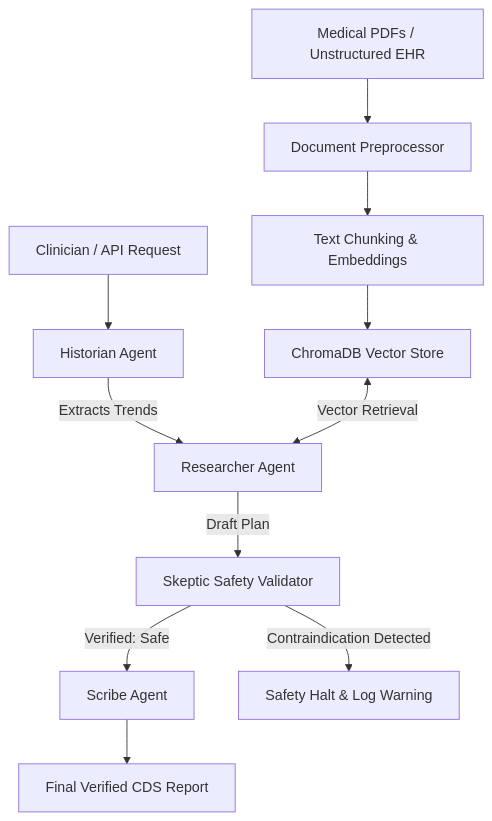
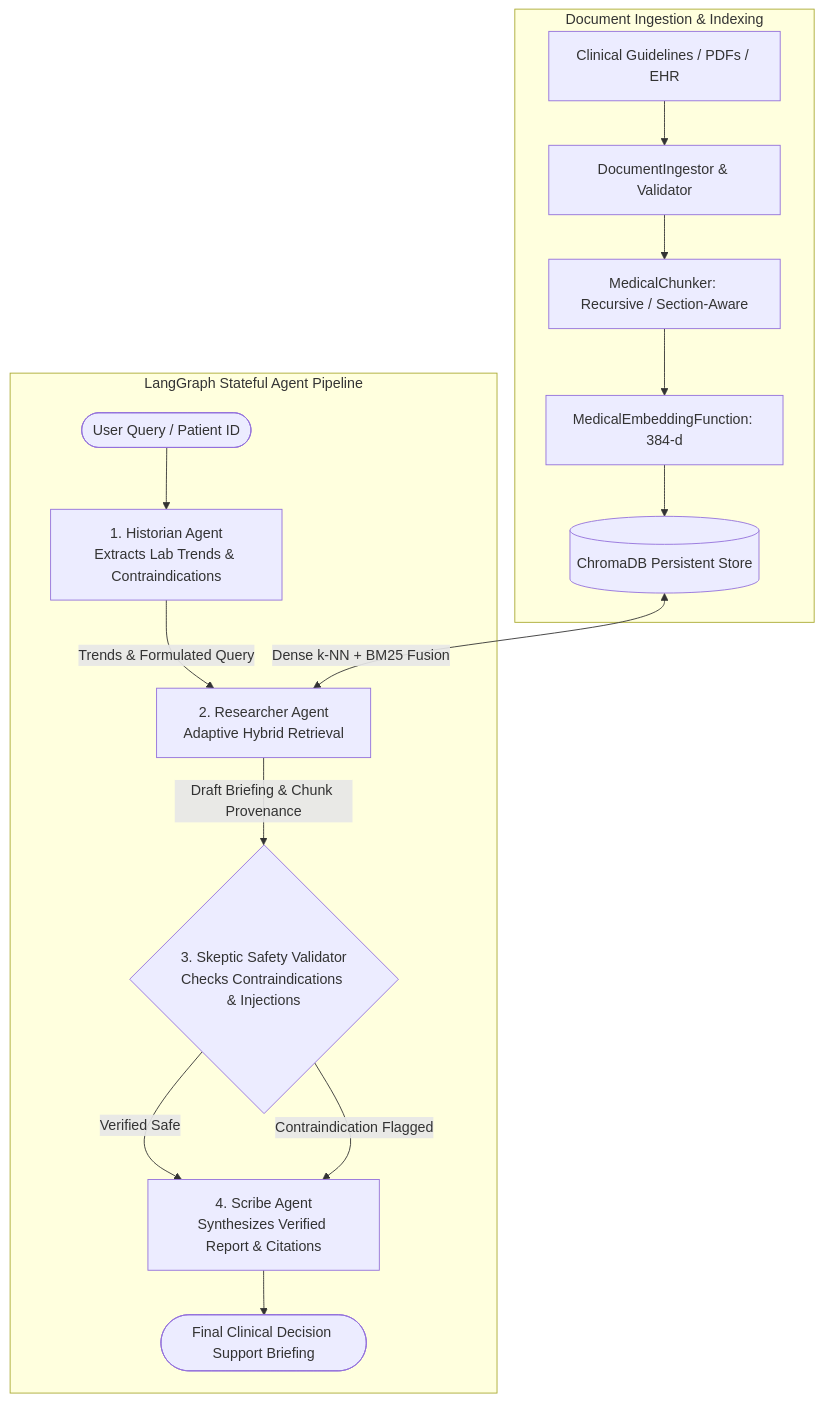
The diagram in README.md (AbhijeetArunGore/Agentic_Medical_RAG), drawn with Mermaid before and after one commit. The commit also changed other lines of this file and 60 other files, not shown here.

Commit message:
feat(rag): implement hybrid retrieval, safety guardrails, and evaluation suite

````diff
--- a/README.md
+++ b/README.md
@@ -59,16 +29,20 @@
 ```mermaid
 flowchart TD
-    A[Medical PDFs / Unstructured EHR] --> B[Document Preprocessor]
-    B --> C[Text Chunking & Embeddings]
-    C --> D[ChromaDB Vector Store]
+    subgraph Ingestion [Document Ingestion & Indexing]
+        Docs[Clinical Guidelines / PDFs / EHR] --> Ingestor[DocumentIngestor & Validator]
+        Ingestor --> Chunker[MedicalChunker: Recursive / Section-Aware]
+        Chunker --> Embeddings[MedicalEmbeddingFunction: 384-d]
+        Embeddings --> Chroma[(ChromaDB Persistent Store)]
+    end
 
-    U[Clinician / API Request] --> H[Historian Agent]
-    H -->|Extracts Trends| R[Researcher Agent]
-    D <-->|Vector Retrieval| R
-    R -->|Draft Plan| S[Skeptic Safety Validator]
+    subgraph Workflow [LangGraph Stateful Agent Pipeline]
+        Query([User Query / Patient ID]) --> Historian[1. Historian Agent\nExtracts Lab Trends & Contraindications]
+        Historian -->|Trends & Formulated Query| Researcher[2. Researcher Agent\nAdaptive Hybrid Retrieval]
+        Chroma <-->|Dense k-NN + BM25 Fusion| Researcher
+        Researcher -->|Draft Briefing & Chunk Provenance| Skeptic{3. Skeptic Safety Validator\nChecks Contraindications & Injections}
 
-    S -->|Verified: Safe| SC[Scribe Agent]
-    S -->|Contraindication Detected| HALT[Safety Halt & Log Warning]
-
-    SC --> F[Final Verified CDS Report]
+        Skeptic -->|Verified Safe| Scribe[4. Scribe Agent\nSynthesizes Verified Report & Citations]
+        Skeptic -->|Contraindication Flagged| Scribe
+        Scribe --> FinalOutput([Final Clinical Decision Support Briefing])
+    end
 ```
````
